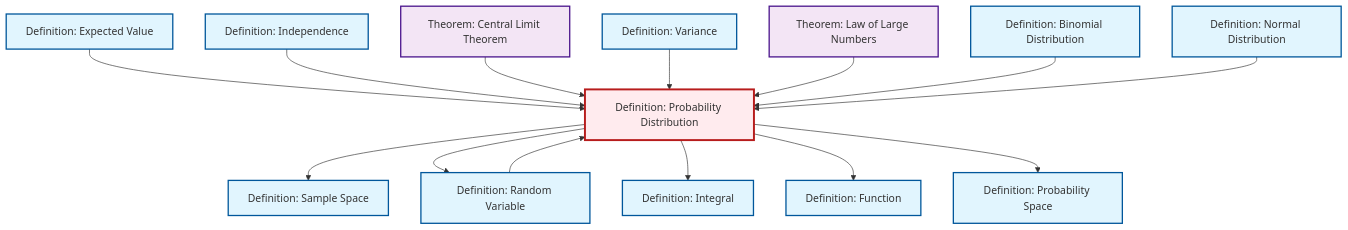
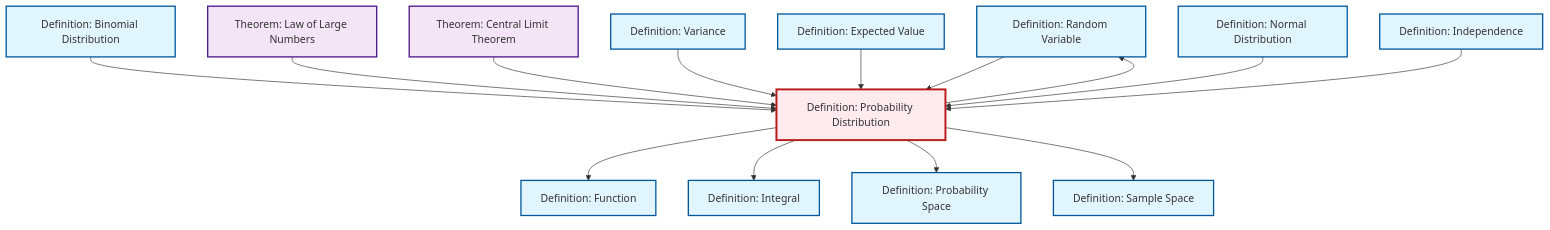
The diagram in content/en/probability-statistics/def-probability-distribution.qmd (RK0429/ModernMath), drawn with Mermaid before and after one commit. The commit also changed other lines of this file and 328 other files, not shown here.

````diff
--- a/content/en/probability-statistics/def-probability-distribution.qmd
+++ b/content/en/probability-statistics/def-probability-distribution.qmd
@@ -99,48 +99,48 @@
 ```{mermaid}
 %%| fig-cap: "Local dependency graph"
 graph TD
     classDef definition fill:#e1f5fe,stroke:#01579b,stroke-width:2px
     classDef theorem fill:#f3e5f5,stroke:#4a148c,stroke-width:2px
     classDef axiom fill:#fff3e0,stroke:#e65100,stroke-width:2px
     classDef example fill:#e8f5e9,stroke:#1b5e20,stroke-width:2px
     classDef current fill:#ffebee,stroke:#b71c1c,stroke-width:3px
+    def-random-variable["Definition: Random Variable"]:::definition
+    def-binomial-distribution["Definition: Binomial Distribution"]:::definition
+    def-independence["Definition: Independence"]:::definition
     def-normal-distribution["Definition: Normal Distribution"]:::definition
+    def-integral["Definition: Integral"]:::definition
+    def-function["Definition: Function"]:::definition
+    thm-central-limit["Theorem: Central Limit Theorem"]:::theorem
+    thm-law-of-large-numbers["Theorem: Law of Large Numbers"]:::theorem
+    def-variance["Definition: Variance"]:::definition
+    def-probability-distribution["Definition: Probability Distribution"]:::definition
     def-probability-space["Definition: Probability Space"]:::definition
-    def-binomial-distribution["Definition: Binomial Distribution"]:::definition
-    thm-law-of-large-numbers["Theorem: Law of Large Numbers"]:::theorem
-    def-independence["Definition: Independence"]:::definition
     def-expectation["Definition: Expected Value"]:::definition
-    def-function["Definition: Function"]:::definition
-    def-probability-distribution["Definition: Probability Distribution"]:::definition
     def-sample-space["Definition: Sample Space"]:::definition
-    thm-central-limit["Theorem: Central Limit Theorem"]:::theorem
-    def-variance["Definition: Variance"]:::definition
-    def-random-variable["Definition: Random Variable"]:::definition
-    def-integral["Definition: Integral"]:::definition
+    def-binomial-distribution --> def-probability-distribution
+    def-probability-distribution --> def-function
+    def-probability-distribution --> def-integral
+    def-probability-distribution --> def-probability-space
+    thm-law-of-large-numbers --> def-probability-distribution
+    thm-central-limit --> def-probability-distribution
+    def-variance --> def-probability-distribution
+    def-random-variable --> def-probability-distribution
+    def-expectation --> def-probability-distribution
     def-probability-distribution --> def-sample-space
-    def-expectation --> def-probability-distribution
+    def-normal-distribution --> def-probability-distribution
     def-independence --> def-probability-distribution
     def-probability-distribution --> def-random-variable
-    thm-central-limit --> def-probability-distribution
-    def-variance --> def-probability-distribution
-    def-probability-distribution --> def-integral
-    thm-law-of-large-numbers --> def-probability-distribution
-    def-random-variable --> def-probability-distribution
-    def-binomial-distribution --> def-probability-distribution
-    def-probability-distribution --> def-function
-    def-normal-distribution --> def-probability-distribution
-    def-probability-distribution --> def-probability-space
     class def-probability-distribution current
+    click def-random-variable "def-random-variable.html" "Go to Random Variable definition"
+    click def-binomial-distribution "def-binomial-distribution.html" "Go to Binomial Distribution definition"
+    click def-independence "def-independence.html" "Go to Independence definition"
     click def-normal-distribution "def-normal-distribution.html" "Go to Normal Distribution definition"
+    click def-integral "def-integral.html" "Go to Integral definition"
+    click def-function "def-function.html" "Go to Function definition"
+    click thm-central-limit "thm-central-limit.html" "Go to Central Limit Theorem theorem"
+    click thm-law-of-large-numbers "thm-law-of-large-numbers.html" "Go to Law of Large Numbers theorem"
+    click def-variance "def-variance.html" "Go to Variance definition"
     click def-probability-space "def-probability-space.html" "Go to Probability Space definition"
-    click def-binomial-distribution "def-binomial-distribution.html" "Go to Binomial Distribution definition"
-    click thm-law-of-large-numbers "thm-law-of-large-numbers.html" "Go to Law of Large Numbers theorem"
-    click def-independence "def-independence.html" "Go to Independence definition"
     click def-expectation "def-expectation.html" "Go to Expected Value definition"
-    click def-function "def-function.html" "Go to Function definition"
     click def-sample-space "def-sample-space.html" "Go to Sample Space definition"
-    click thm-central-limit "thm-central-limit.html" "Go to Central Limit Theorem theorem"
-    click def-variance "def-variance.html" "Go to Variance definition"
-    click def-random-variable "def-random-variable.html" "Go to Random Variable definition"
-    click def-integral "def-integral.html" "Go to Integral definition"
 ```
````
